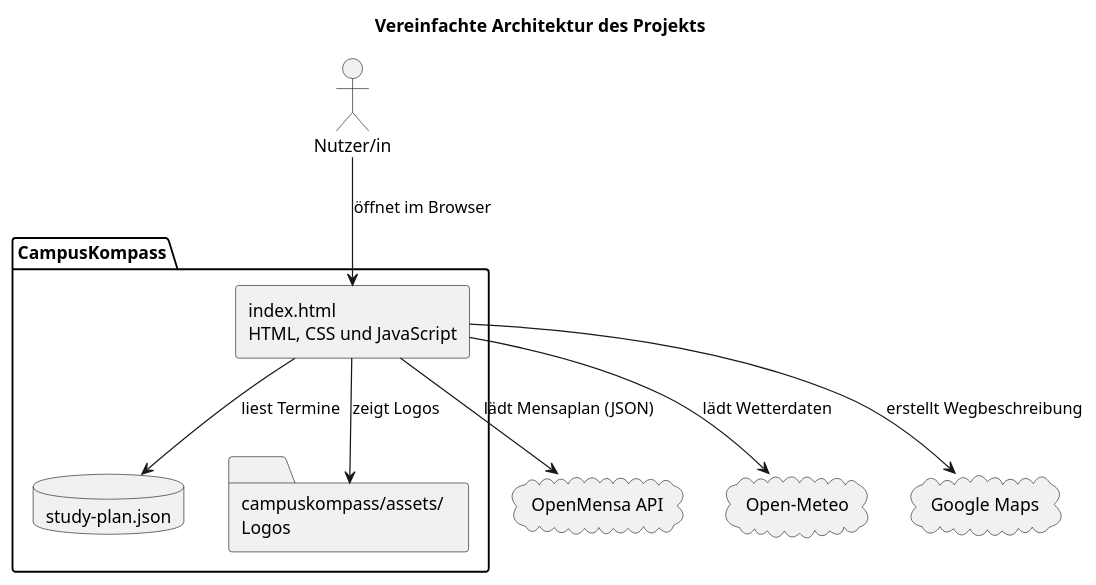
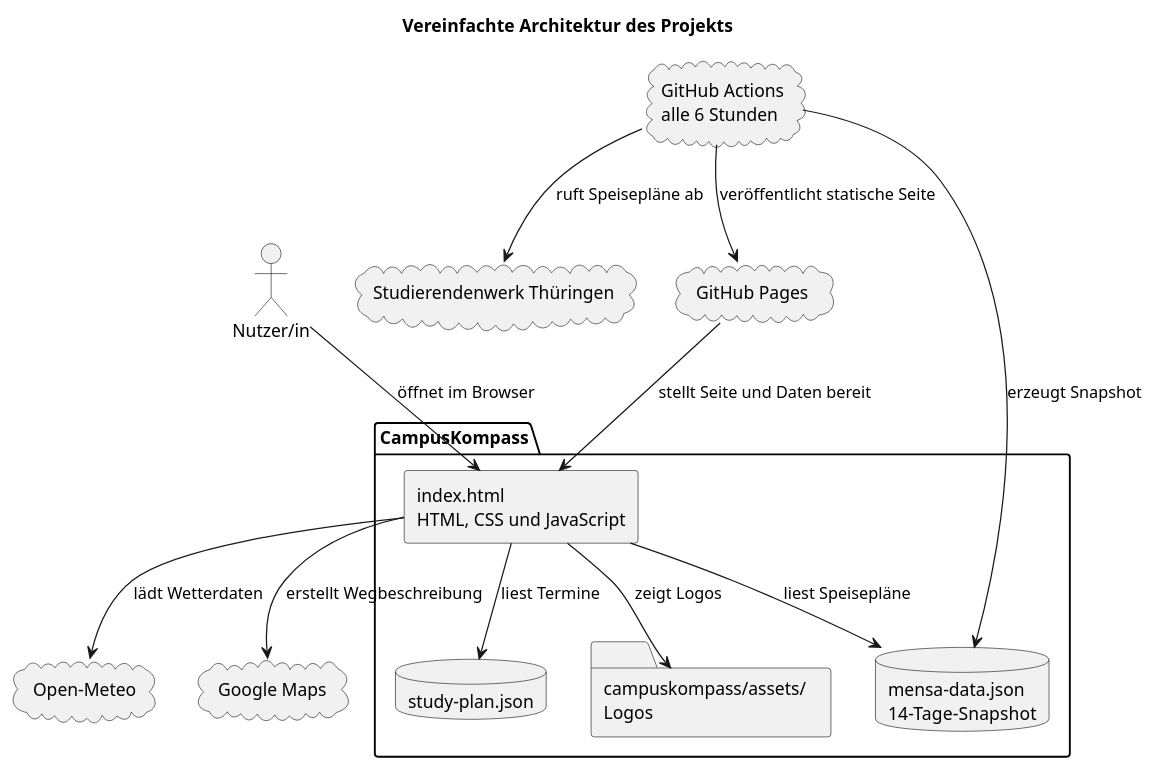
The diagram in docs/komponenten.puml (hsm-se-workshop-2026/campuskompass), drawn with PlantUML before and after one commit. The commit also changed 13 other files, not shown here.

```diff
--- a/docs/komponenten.puml
+++ b/docs/komponenten.puml
@@ -1,26 +1,33 @@
 @startuml
 title Vereinfachte Architektur des Projekts
 
 skinparam componentStyle rectangle
 skinparam shadowing false
 
 actor "Nutzer/in" as User
 
 package "CampusKompass" {
   component "index.html\nHTML, CSS und JavaScript" as Dashboard
   database "study-plan.json" as StudyPlan
+  database "mensa-data.json\n14-Tage-Snapshot" as MenuData
   folder "campuskompass/assets/\nLogos" as Logos
 }
 
-cloud "OpenMensa API" as Mensa
+cloud "GitHub Actions\nalle 6 Stunden" as Actions
+cloud "Studierendenwerk Thüringen" as Mensa
+cloud "GitHub Pages" as Pages
 cloud "Open-Meteo" as Weather
 cloud "Google Maps" as Maps
 
 User --> Dashboard : öffnet im Browser
 Dashboard --> StudyPlan : liest Termine
+Dashboard --> MenuData : liest Speisepläne
 Dashboard --> Logos : zeigt Logos
-Dashboard --> Mensa : lädt Mensaplan (JSON)
 Dashboard --> Weather : lädt Wetterdaten
 Dashboard --> Maps : erstellt Wegbeschreibung
+Actions --> Mensa : ruft Speisepläne ab
+Actions --> MenuData : erzeugt Snapshot
+Actions --> Pages : veröffentlicht statische Seite
+Pages --> Dashboard : stellt Seite und Daten bereit
 
 @enduml
```
